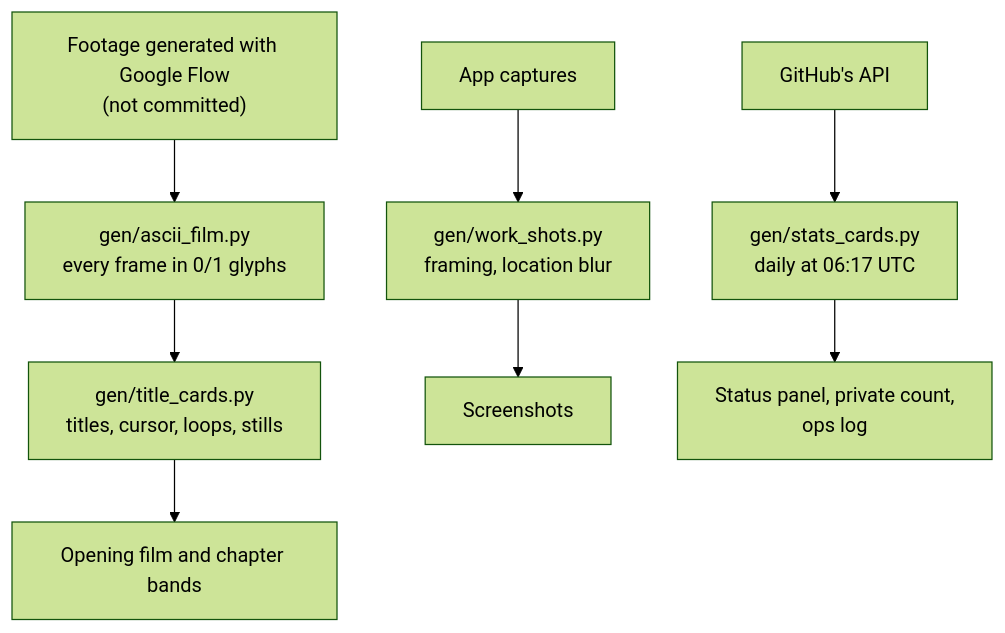
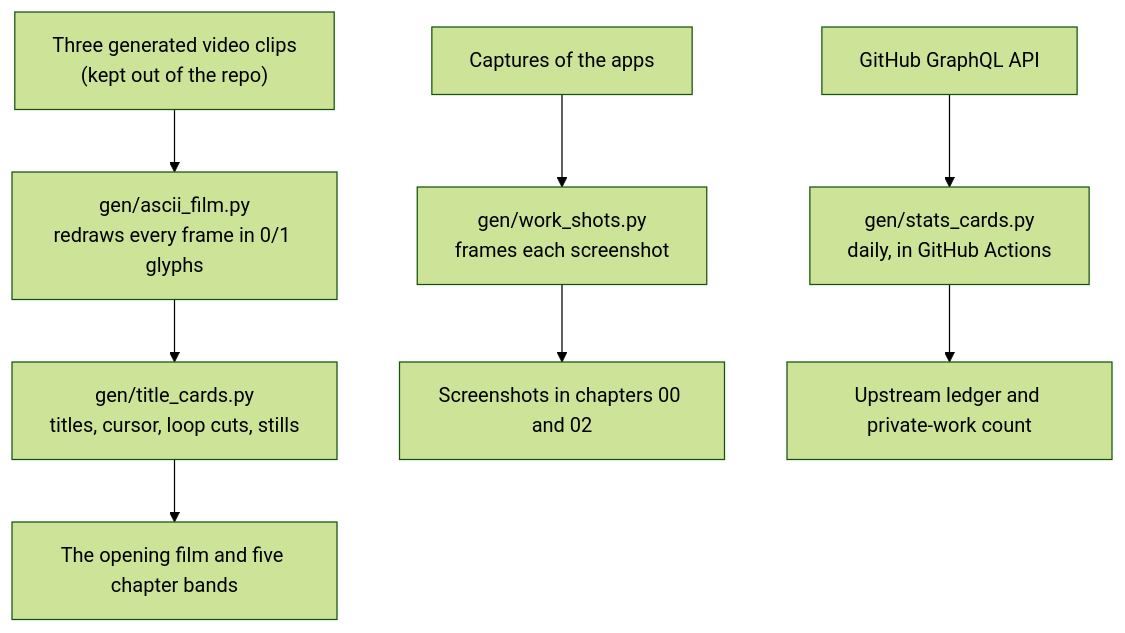
Before and after one commit to FawwazLawal/FawwazLawal: the diagram in README.md, drawn with Mermaid (forest theme). The commit also changed other lines of this file and 12 other files, not shown here.

````diff
--- a/README.md
+++ b/README.md
@@ -219,10 +213,10 @@
 ```mermaid
 flowchart TD
-  F["Footage generated with Google Flow<br/>(not committed)"] --> A["gen/ascii_film.py<br/>every frame in 0/1 glyphs"]
-  A --> T["gen/title_cards.py<br/>titles, cursor, loops, stills"]
-  T --> B["Opening film and chapter bands"]
-  S["App captures"] --> W["gen/work_shots.py<br/>framing, location blur"]
-  W --> P["Screenshots"]
-  G["GitHub's API"] --> C["gen/stats_cards.py<br/>daily at 06:17 UTC"]
-  C --> L["Status panel, private count,<br/>ops log"]
+  F["Three generated video clips<br/>(kept out of the repo)"] --> A["gen/ascii_film.py<br/>redraws every frame in 0/1 glyphs"]
+  A --> T["gen/title_cards.py<br/>titles, cursor, loop cuts, stills"]
+  T --> B["The opening film and five chapter bands"]
+  S["Captures of the apps"] --> W["gen/work_shots.py<br/>frames each screenshot"]
+  W --> P["Screenshots in chapters 00 and 02"]
+  G["GitHub GraphQL API"] --> C["gen/stats_cards.py<br/>daily, in GitHub Actions"]
+  C --> L["Upstream ledger and private-work count"]
 ```
````
